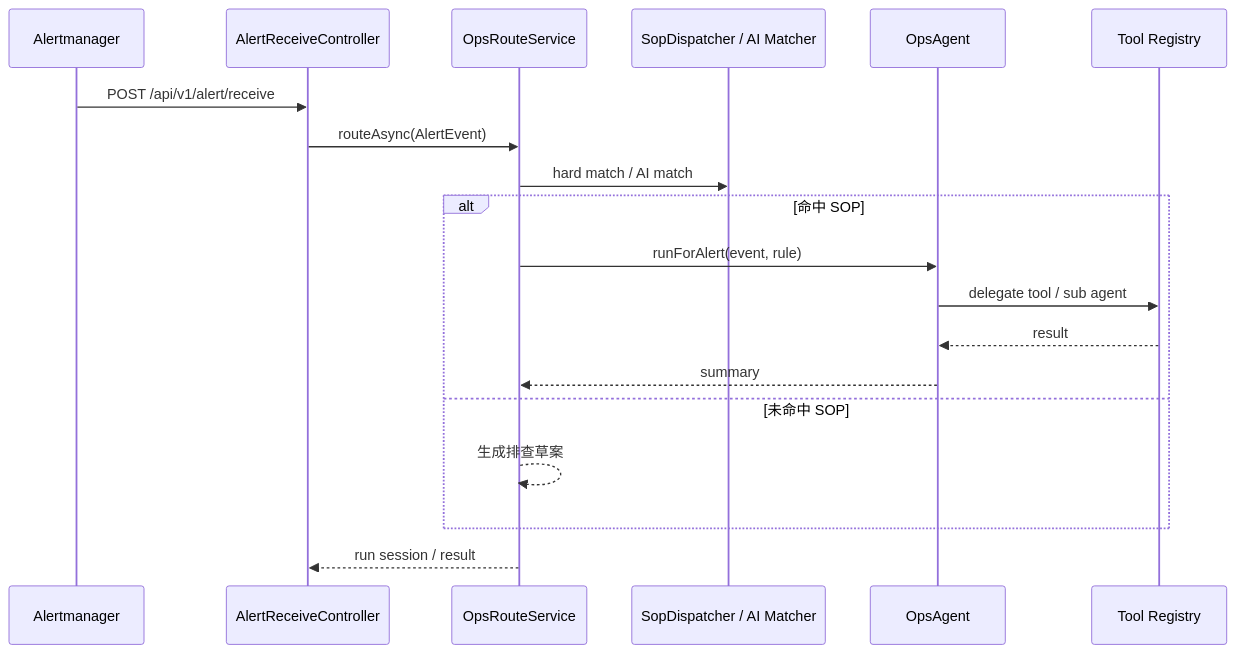
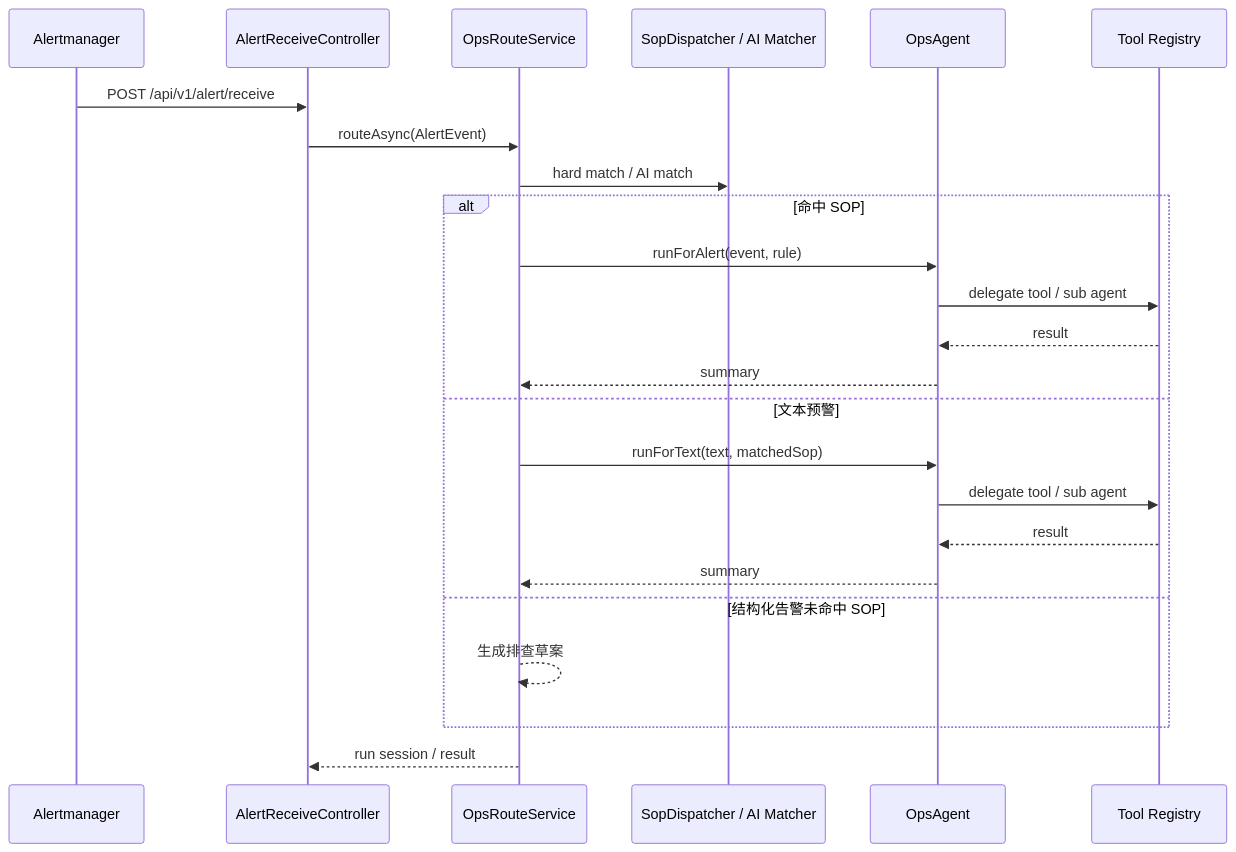
Before and after one commit to HW-Yue/Mall: the second of 3 diagrams in ops-agent-spring-ai/README.md, drawn with Mermaid. The commit also changed other lines of this file and 28 other files, not shown here.

````diff
--- a/ops-agent-spring-ai/README.md
+++ b/ops-agent-spring-ai/README.md
@@ -51,22 +52,27 @@
 ```mermaid
 sequenceDiagram
     participant AM as Alertmanager
     participant API as AlertReceiveController
     participant Route as OpsRouteService
     participant SOP as SopDispatcher / AI Matcher
     participant Agent as OpsAgent
     participant Tool as Tool Registry
 
     AM->>API: POST /api/v1/alert/receive
     API->>Route: routeAsync(AlertEvent)
     Route->>SOP: hard match / AI match
     alt 命中 SOP
         Route->>Agent: runForAlert(event, rule)
         Agent->>Tool: delegate tool / sub agent
         Tool-->>Agent: result
         Agent-->>Route: summary
-    else 未命中 SOP
+    else 文本预警
+        Route->>Agent: runForText(text, matchedSop)
+        Agent->>Tool: delegate tool / sub agent
+        Tool-->>Agent: result
+        Agent-->>Route: summary
+    else 结构化告警未命中 SOP
         Route-->>Route: 生成排查草案
     end
     Route-->>API: run session / result
 ```
````
